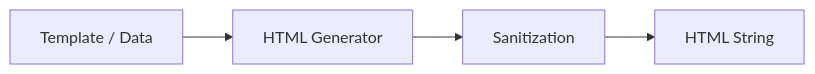
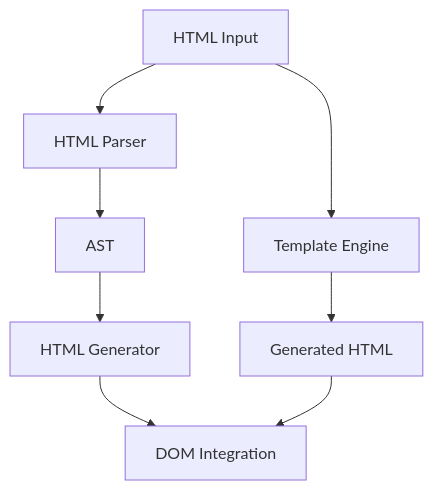
Before and after one commit to medyll/idae: the diagram in packages/idae-html/README.md, drawn with Mermaid. The commit also changed other lines of this file and 17 other files, not shown here.

````diff
--- a/packages/idae-html/README.md
+++ b/packages/idae-html/README.md
@@ -152,6 +7,10 @@
 ```mermaid
-flowchart LR
-  Input[Template / Data] --> Engine[HTML Generator]
-  Engine --> Sanitizer[Sanitization]
-  Sanitizer --> Output[HTML String]
+graph TD
+    A[HTML Input] --> B[HTML Parser]
+    B --> C[AST]
+    C --> D[HTML Generator]
+    D --> E[DOM Integration]
+    A --> F[Template Engine]
+    F --> G[Generated HTML]
+    G --> E
 ```
````
